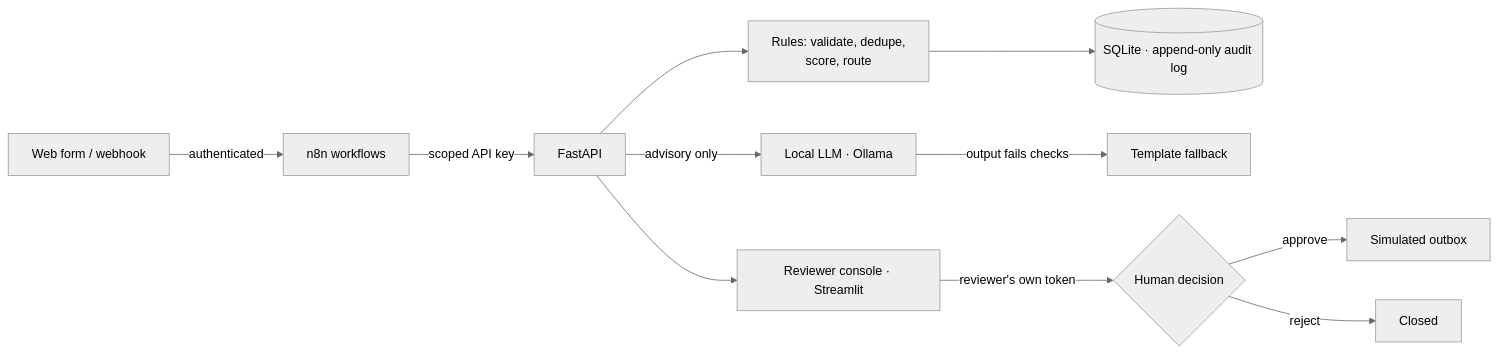
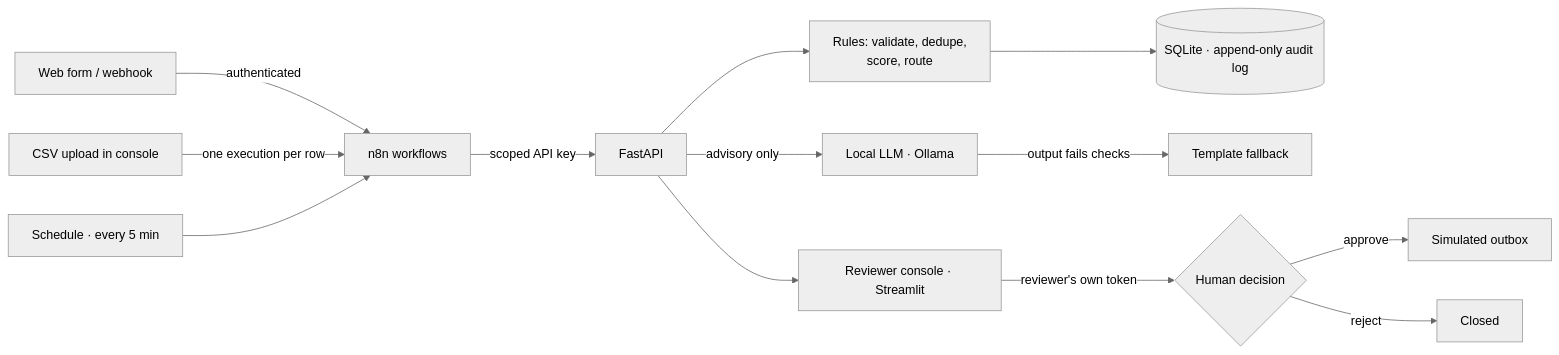
Before and after one commit to hamazmubashar/flowpilot-ai: the diagram in README.md, drawn with Mermaid (neutral theme). The commit also changed other lines of this file and 1 other file, not shown here.

First line of the commit message:
docs: describe the live deployment accurately (n8n, CSV import, shared Caddy)

````diff
--- a/README.md
+++ b/README.md
@@ -40,13 +40,15 @@
 ```mermaid
 flowchart LR
     F[Web form / webhook] -->|authenticated| N[n8n workflows]
+    CSV[CSV upload in console] -->|one execution per row| N
+    S[Schedule · every 5 min] --> N
     N -->|scoped API key| API[FastAPI]
     API --> R[Rules: validate, dedupe,<br/>score, route]
     R --> DB[(SQLite · append-only audit log)]
     API -->|advisory only| L[Local LLM · Ollama]
     L -->|output fails checks| FB[Template fallback]
     API --> C[Reviewer console · Streamlit]
     C -->|reviewer's own token| AP{Human decision}
     AP -->|approve| O[Simulated outbox]
     AP -->|reject| X[Closed]
 ```
````
